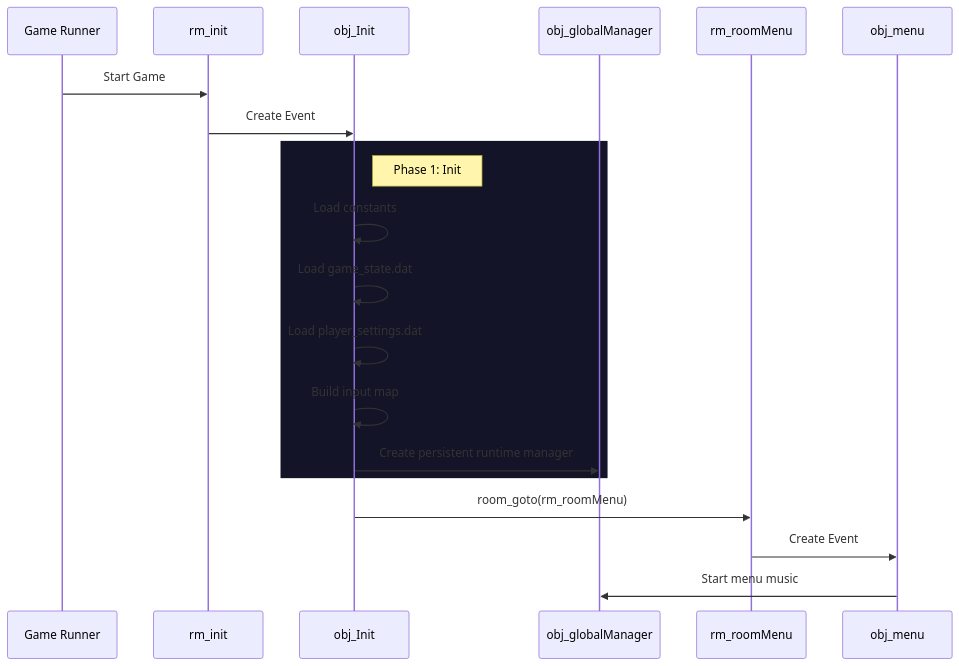
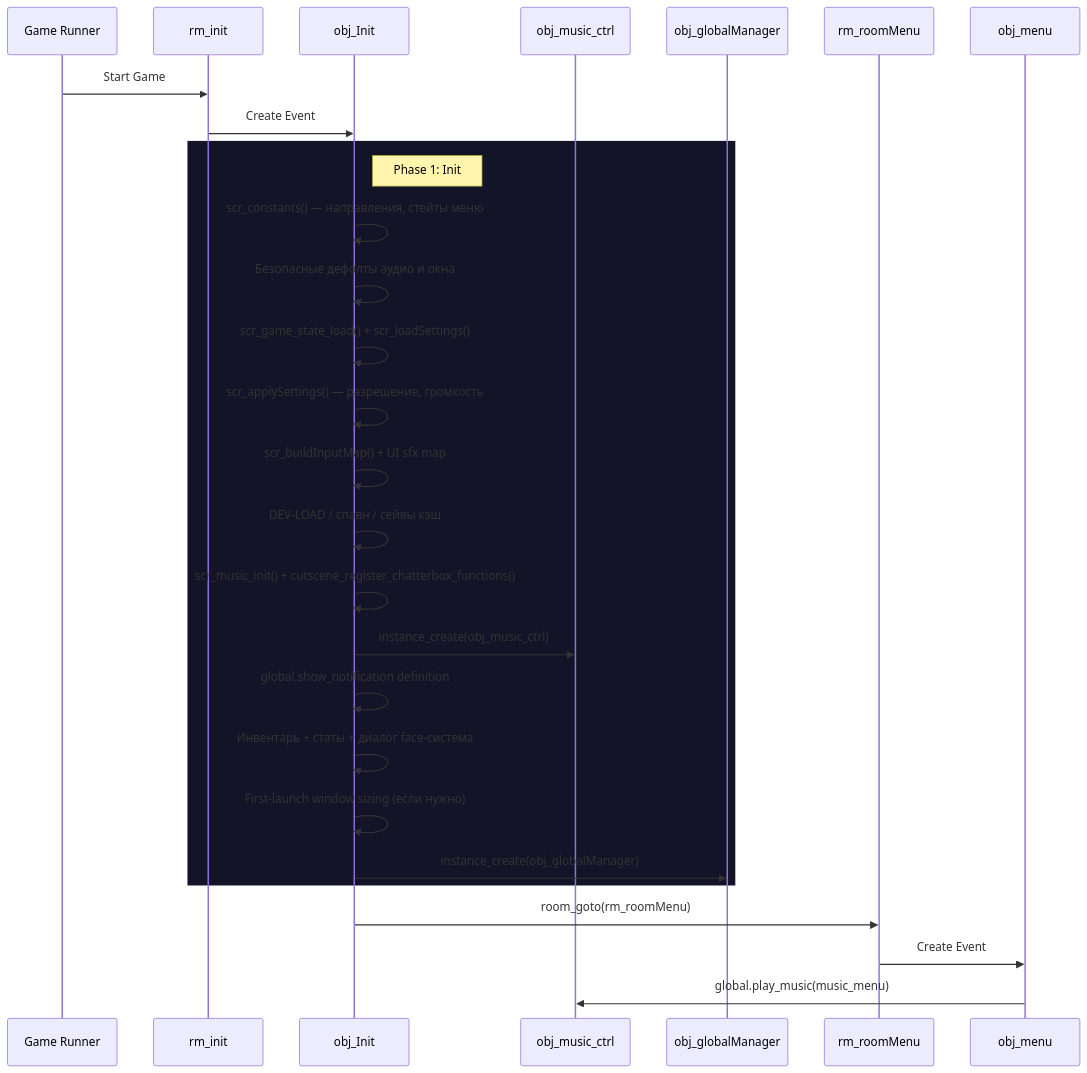
The diagram in docs/architecture/initialization.md (nos0uls/Undefined-documentation), drawn with Mermaid before and after one commit. The commit also changed other lines of this file and 15 other files, not shown here.

````diff
--- a/docs/architecture/initialization.md
+++ b/docs/architecture/initialization.md
@@ -11,25 +11,33 @@
 ```mermaid
 sequenceDiagram
     participant Runner as Game Runner
     participant R_Init as rm_init
     participant O_Init as obj_Init
+    participant O_Music as obj_music_ctrl
     participant O_Global as obj_globalManager
     participant R_Menu as rm_roomMenu
     participant O_Menu as obj_menu
 
     Runner->>R_Init: Start Game
     R_Init->>O_Init: Create Event
 
     rect rgb(20, 20, 40)
         note right of O_Init: Phase 1: Init
-        O_Init->>O_Init: Load constants
-        O_Init->>O_Init: Load game_state.dat
-        O_Init->>O_Init: Load player_settings.dat
-        O_Init->>O_Init: Build input map
-        O_Init->>O_Global: Create persistent runtime manager
+        O_Init->>O_Init: scr_constants() — направления, стейты меню
+        O_Init->>O_Init: Безопасные дефолты аудио и окна
+        O_Init->>O_Init: scr_game_state_load() + scr_loadSettings()
+        O_Init->>O_Init: scr_applySettings() — разрешение, громкость
+        O_Init->>O_Init: scr_buildInputMap() + UI sfx map
+        O_Init->>O_Init: DEV-LOAD / спавн / сейвы кэш
+        O_Init->>O_Init: scr_music_init() + cutscene_register_chatterbox_functions()
+        O_Init->>O_Music: instance_create(obj_music_ctrl)
+        O_Init->>O_Init: global.show_notification definition
+        O_Init->>O_Init: Инвентарь + статы + диалог face-система
+        O_Init->>O_Init: First-launch window sizing (если нужно)
+        O_Init->>O_Global: instance_create(obj_globalManager)
     end
 
     O_Init->>R_Menu: room_goto(rm_roomMenu)
     R_Menu->>O_Menu: Create Event
-    O_Menu->>O_Global: Start menu music
+    O_Menu->>O_Music: global.play_music(music_menu)
 ```
````
